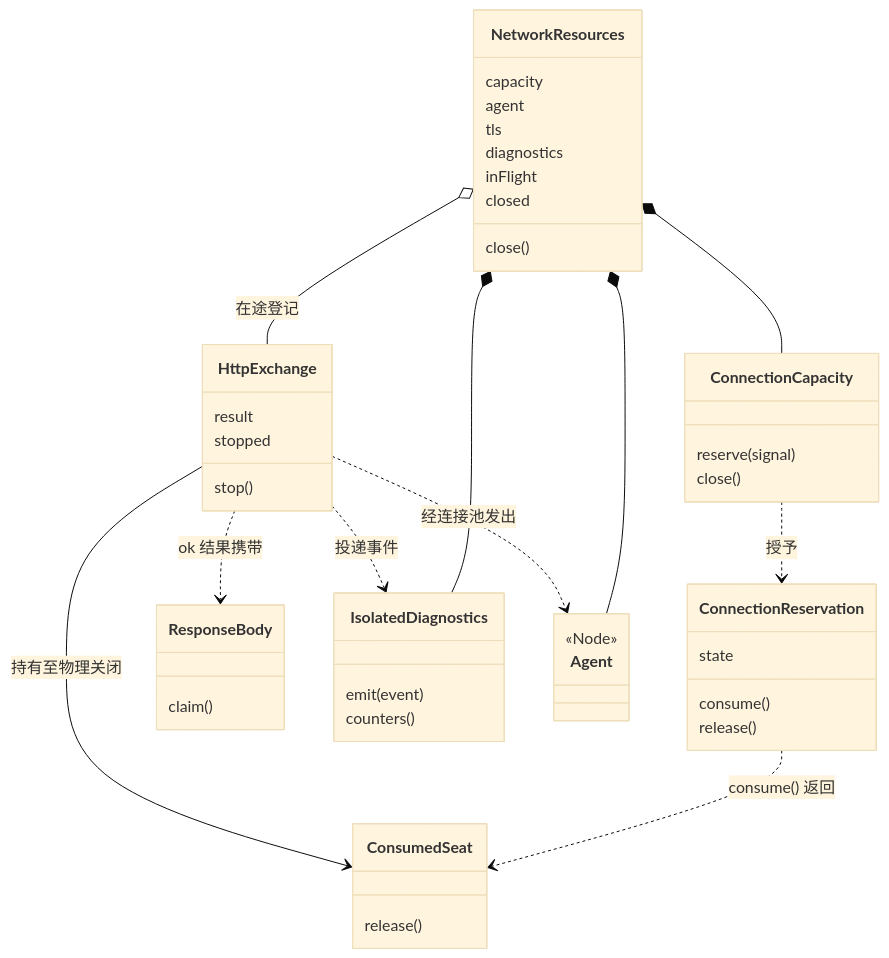
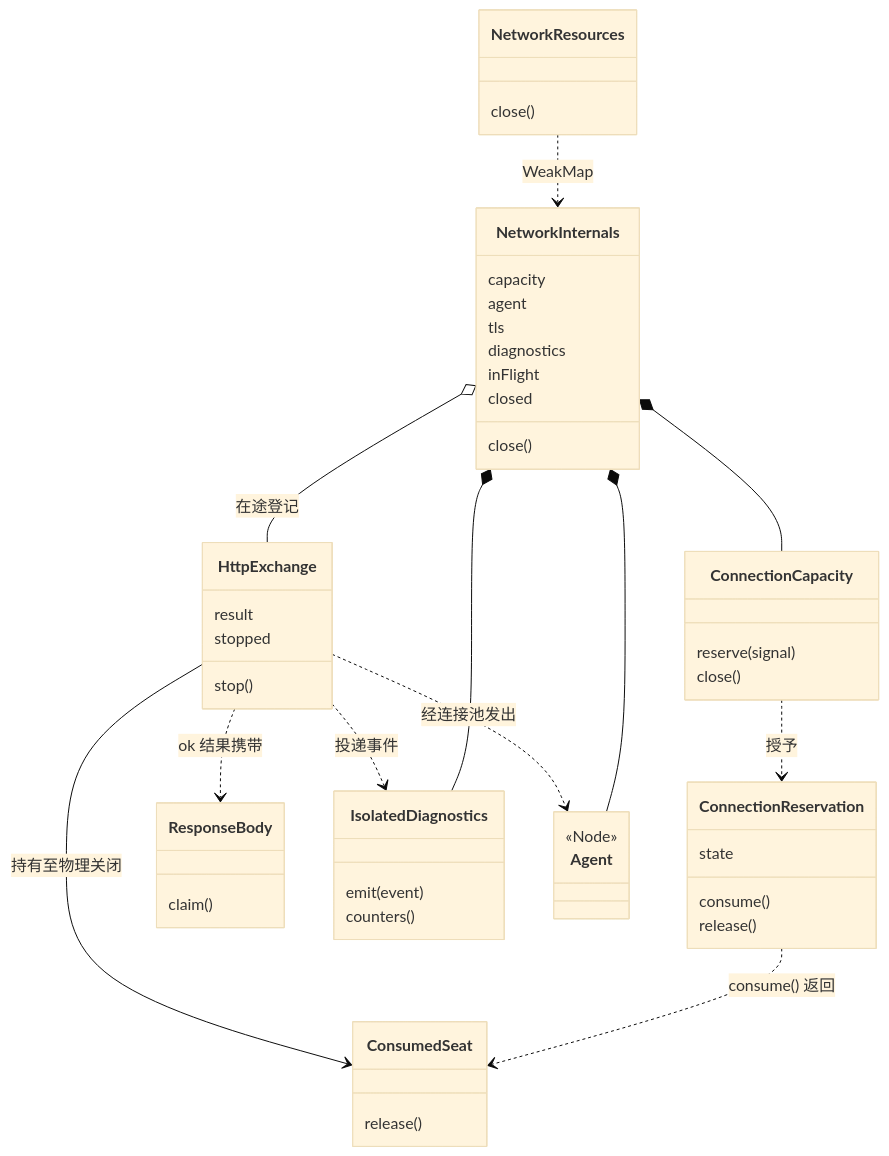
The first of 2 diagrams in packages/model/pi-ai-transport/docs/object-model.md (nemori-ai/omne-harness-lite), drawn with Mermaid (base theme) before and after one commit. The commit also changed other lines of this file and 8 other files, not shown here.

````diff
--- a/packages/model/pi-ai-transport/docs/object-model.md
+++ b/packages/model/pi-ai-transport/docs/object-model.md
@@ -7,49 +7,53 @@
 ```mermaid
 classDiagram
   class NetworkResources {
+    close()
+  }
+  class NetworkInternals {
     capacity
     agent
     tls
     diagnostics
     inFlight
     closed
     close()
   }
   class ConnectionCapacity {
     reserve(signal)
     close()
   }
   class ConnectionReservation {
     state
     consume()
     release()
   }
   class ConsumedSeat {
     release()
   }
   class HttpExchange {
     result
     stop()
     stopped
   }
   class ResponseBody {
     claim()
   }
   class IsolatedDiagnostics {
     emit(event)
     counters()
   }
   class Agent {
     <<Node>>
   }
-  NetworkResources *-- ConnectionCapacity
-  NetworkResources *-- Agent
-  NetworkResources *-- IsolatedDiagnostics
-  NetworkResources o-- HttpExchange : 在途登记
+  NetworkResources ..> NetworkInternals : WeakMap
+  NetworkInternals *-- ConnectionCapacity
+  NetworkInternals *-- Agent
+  NetworkInternals *-- IsolatedDiagnostics
+  NetworkInternals o-- HttpExchange : 在途登记
   ConnectionCapacity ..> ConnectionReservation : 授予
   ConnectionReservation ..> ConsumedSeat : consume() 返回
   HttpExchange --> ConsumedSeat : 持有至物理关闭
   HttpExchange ..> ResponseBody : ok 结果携带
   HttpExchange ..> IsolatedDiagnostics : 投递事件
   HttpExchange ..> Agent : 经连接池发出
 ```
````
